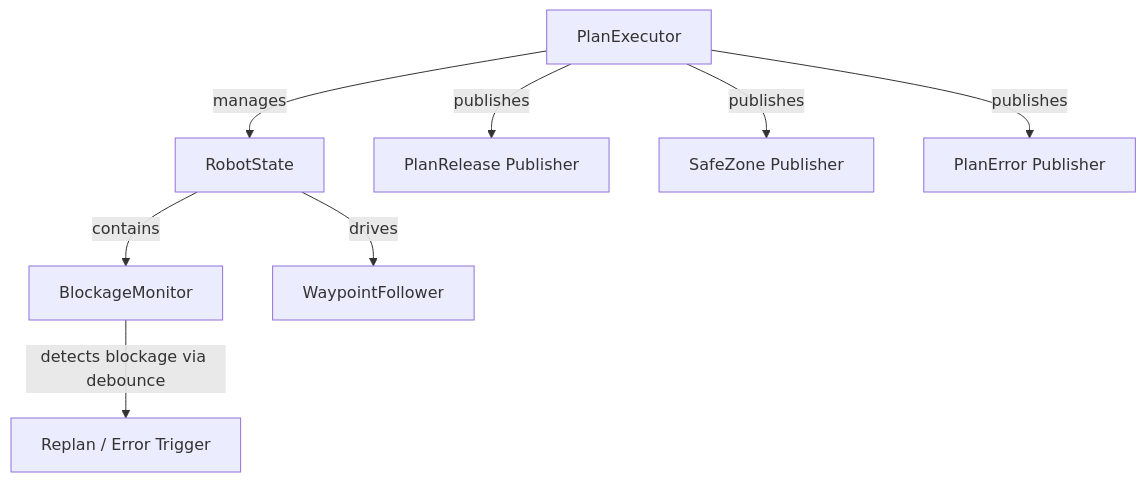
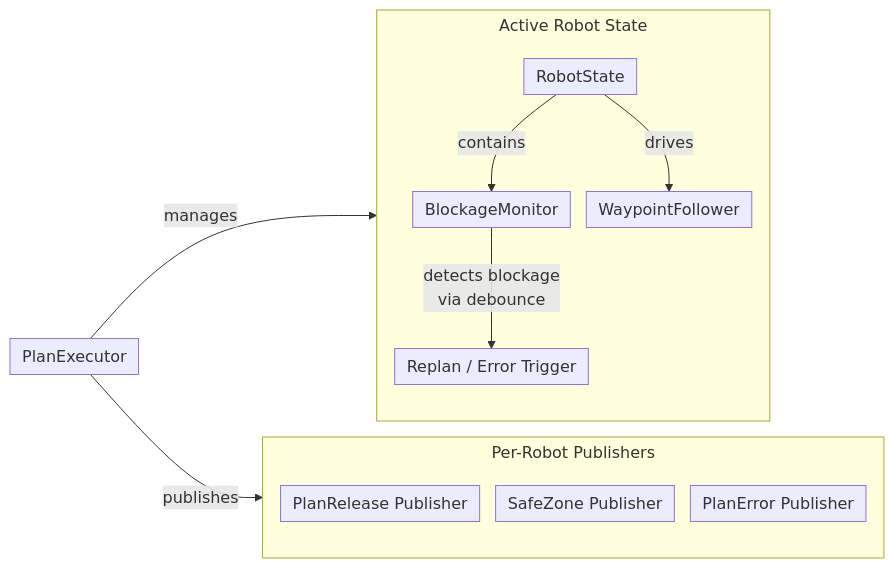
The first of 2 diagrams in 9403fb1/for_developers/architecture/plan_interface.md (cardboardcode/ngp_docs), drawn with Mermaid before and after one commit. The commit also changed other lines of this file and 2 other files, not shown here.

Commit message:
:blue_book: Update developer architecture, plan interface, and waypoint lifecycle documentation with full commit links and expanded context

````diff
--- a/9403fb1/for_developers/architecture/plan_interface.md
+++ b/9403fb1/for_developers/architecture/plan_interface.md
@@ -47,10 +48,22 @@
 ```mermaid
-graph TD
-    PE["PlanExecutor"] -->|manages| RS["RobotState"]
-    RS -->|contains| BM["BlockageMonitor"]
-    RS -->|drives| WF["WaypointFollower"]
-    PE -->|publishes| PR["PlanRelease Publisher"]
-    PE -->|publishes| SZ["SafeZone Publisher"]
-    PE -->|publishes| PE_Pub["PlanError Publisher"]
-    BM -->|detects blockage via debounce| RE["Replan / Error Trigger"]
+%%{init: {"flowchart": {"nodeSpacing": 16, "rankSpacing": 48, "padding": 6, "subGraphTitleMargin": {"top": 4, "bottom": 8}}, "themeCSS": ".cluster-label div { max-width: 320px !important; } .cluster-label span, .node .nodeLabel, .edgeLabel { font-size: 12px !important; }"}}%%
+flowchart LR
+    PE["PlanExecutor"]
+
+    subgraph State["Active Robot State"]
+        direction TB
+        RS["RobotState"] -->|contains| BM["BlockageMonitor"]
+        RS -->|drives| WF["WaypointFollower"]
+        BM -->|"detects blockage<br/>via debounce"| RE["Replan / Error Trigger"]
+    end
+
+    subgraph Pubs["Per-Robot Publishers"]
+        direction TB
+        PR["PlanRelease Publisher"]
+        SZ["SafeZone Publisher"]
+        PE_Pub["PlanError Publisher"]
+    end
+
+    PE -->|manages| State
+    PE -->|publishes| Pubs
 ```
````
